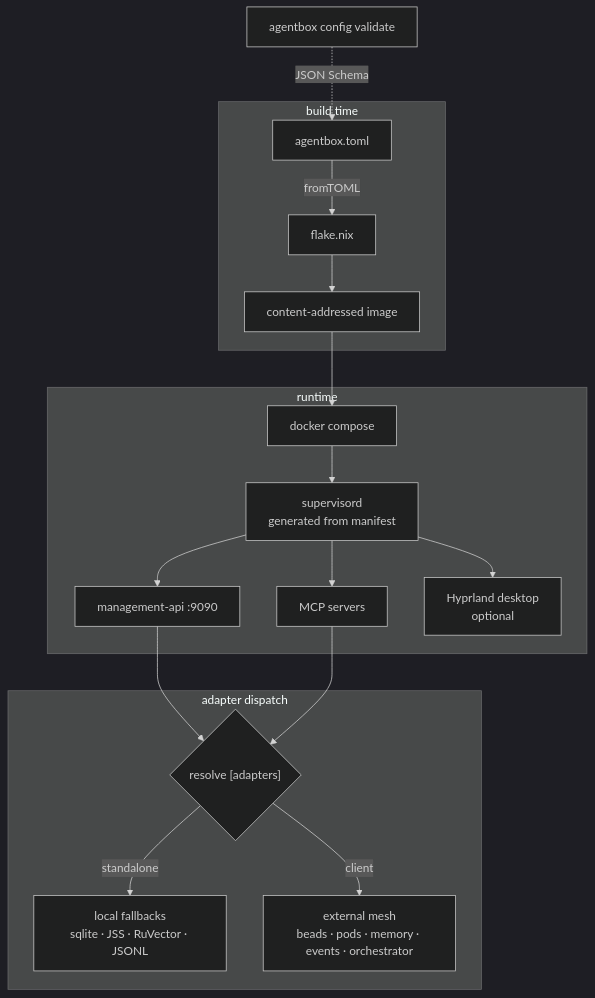
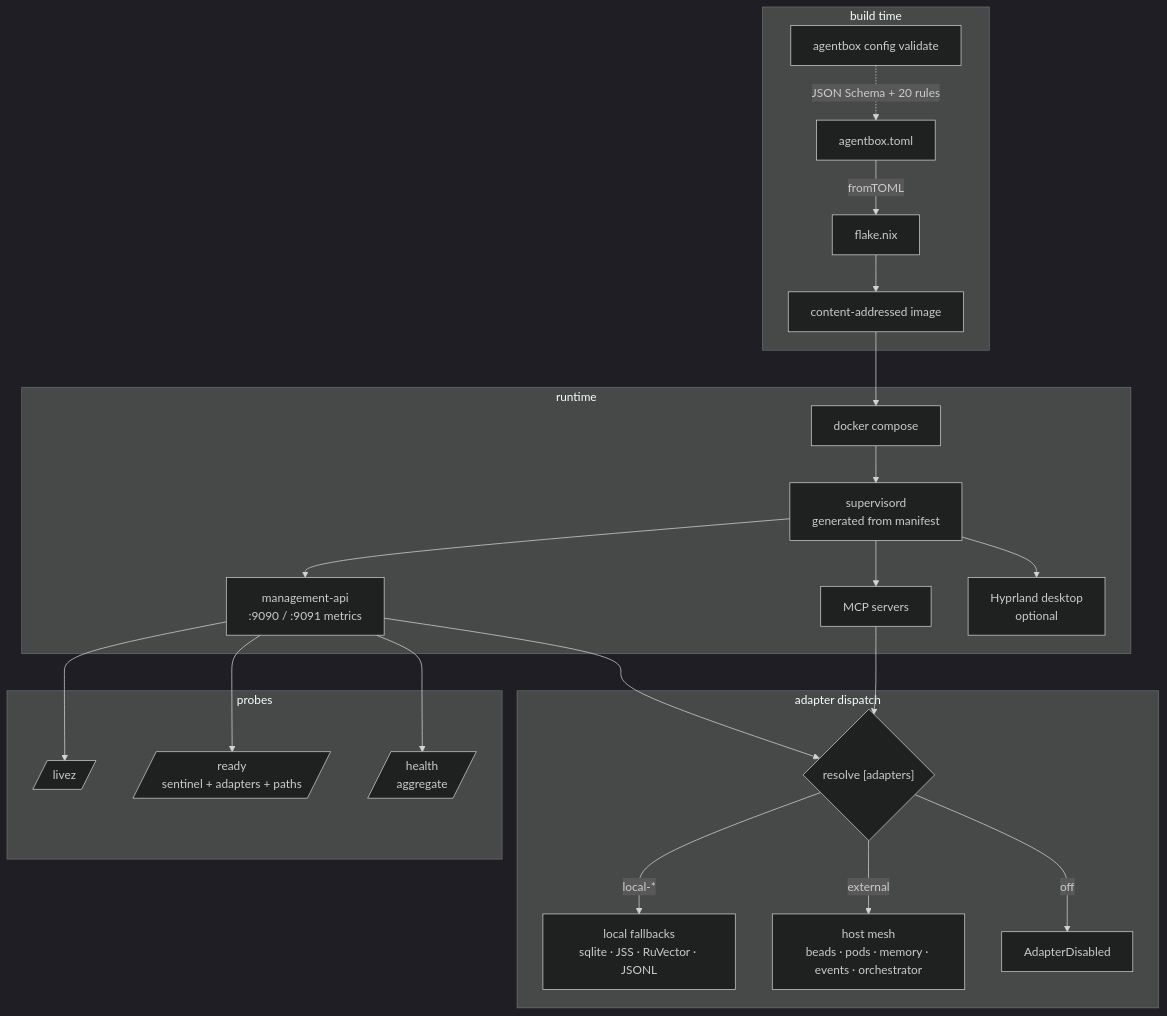
One commit to DreamLab-AI/agentbox changed the diagram in README.md. Above: the diagram before and after it, drawn with Mermaid (dark theme). The commit also changed other lines of this file and 34 other files, not shown here.

````diff
--- a/README.md
+++ b/README.md
@@ -93,24 +125,30 @@
 ```mermaid
 flowchart TB
     subgraph build["build time"]
         M[agentbox.toml] -->|fromTOML| F[flake.nix]
         F --> I[content-addressed image]
+        V[agentbox config validate] -.->|JSON Schema + 20 rules| M
     end
 
     subgraph runtime["runtime"]
         I --> C[docker compose]
         C --> S[supervisord<br/>generated from manifest]
-        S --> API[management-api :9090]
+        S --> API[management-api<br/>:9090 / :9091 metrics]
         S --> MCP[MCP servers]
         S --> DESK[Hyprland desktop<br/>optional]
     end
 
     subgraph adapters["adapter dispatch"]
         API --> AD{"resolve [adapters]"}
         MCP --> AD
-        AD -->|standalone| LOC[local fallbacks<br/>sqlite · JSS · RuVector · JSONL]
-        AD -->|client| EXT[external mesh<br/>beads · pods · memory · events · orchestrator]
+        AD -->|local-*| LOC[local fallbacks<br/>sqlite · JSS · RuVector · JSONL]
+        AD -->|external| EXT[host mesh<br/>beads · pods · memory · events · orchestrator]
+        AD -->|off| DIS[AdapterDisabled]
     end
 
-    O[agentbox config validate] -.->|JSON Schema| M
+    subgraph probes["probes"]
+        API --> LV[/livez/]
+        API --> RDY[/ready<br/>sentinel + adapters + paths/]
+        API --> HLT[/health<br/>aggregate/]
+    end
 ```
````
